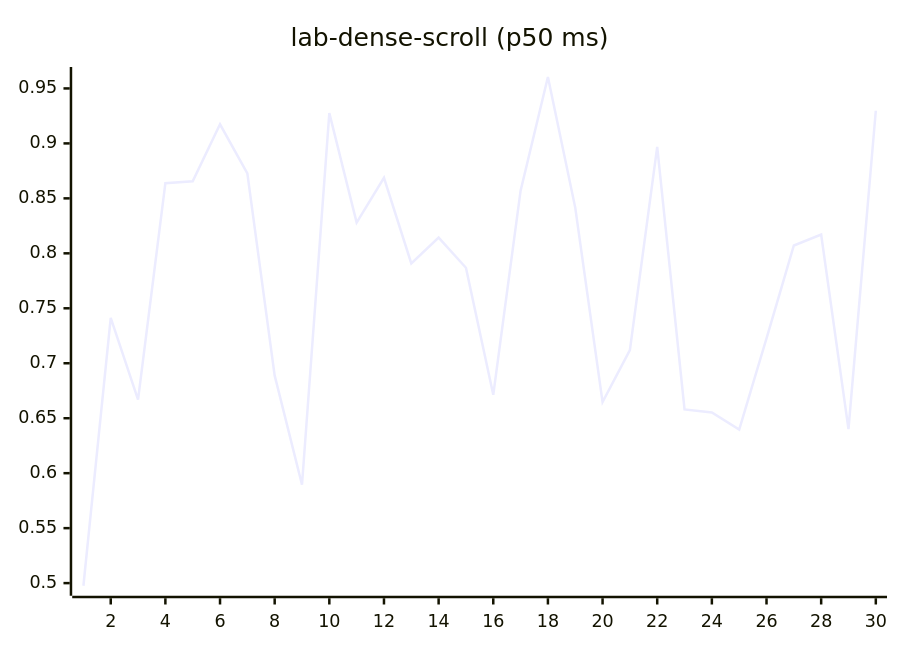
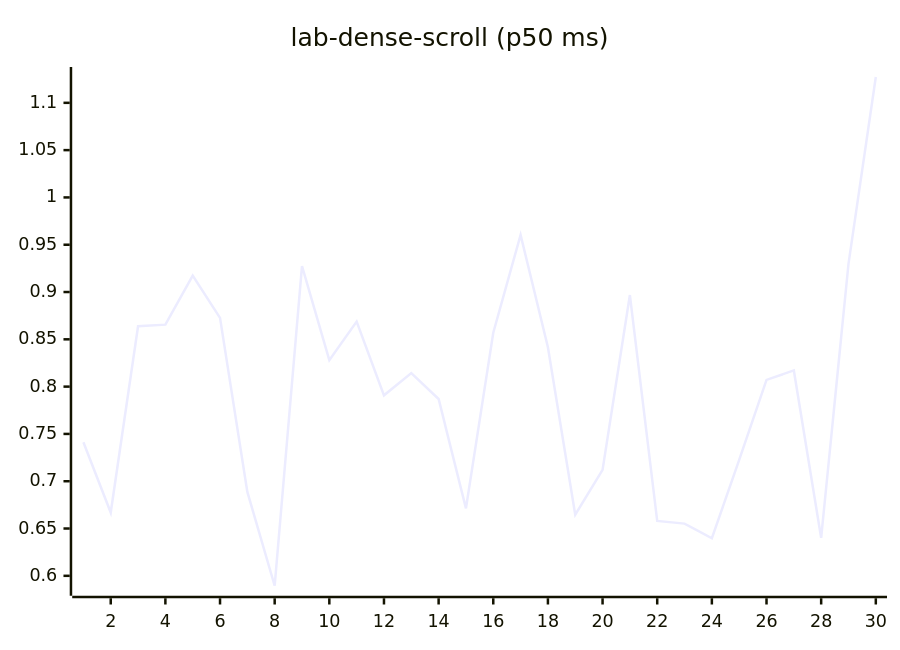
Diagram 12 of 27 in README.md (josha/Facet), drawn with Mermaid before and after one commit. The commit also changed other lines of this file and 2 other files, not shown here.

````diff
--- a/README.md
+++ b/README.md
@@ -140,6 +140,6 @@
 ```mermaid
 xychart-beta
     title "lab-dense-scroll (p50 ms)"
     x-axis 1 --> 30
-    line [0.4976, 0.7412, 0.6669, 0.8638, 0.8655, 0.9174, 0.8727, 0.6887, 0.5895, 0.9275, 0.8280, 0.8687, 0.7908, 0.8143, 0.7869, 0.6713, 0.8570, 0.9604, 0.8416, 0.6647, 0.7120, 0.8968, 0.6580, 0.6552, 0.6397, 0.7226, 0.8071, 0.8171, 0.6401, 0.9297]
+    line [0.7412, 0.6669, 0.8638, 0.8655, 0.9174, 0.8727, 0.6887, 0.5895, 0.9275, 0.8280, 0.8687, 0.7908, 0.8143, 0.7869, 0.6713, 0.8570, 0.9604, 0.8416, 0.6647, 0.7120, 0.8968, 0.6580, 0.6552, 0.6397, 0.7226, 0.8071, 0.8171, 0.6401, 0.9297, 1.1273]
 ```
````
